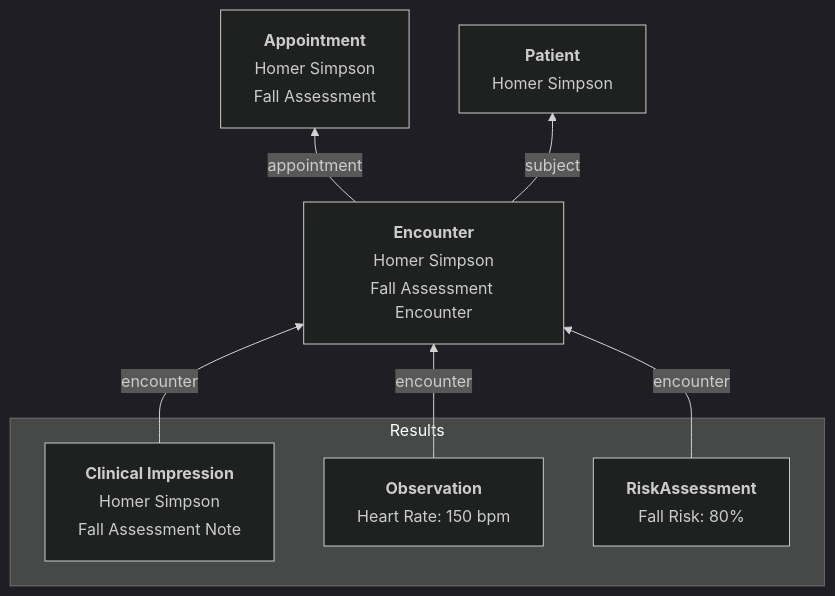
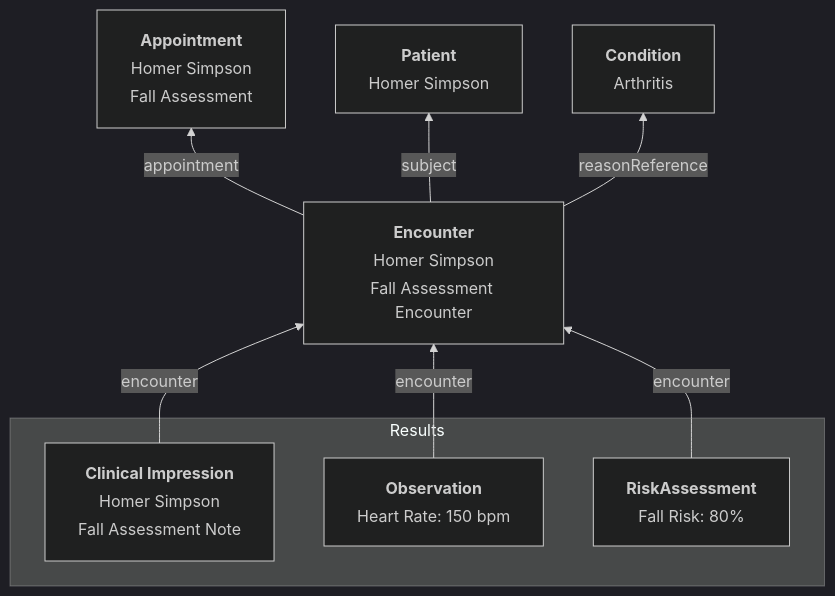
One commit to medplum/medplum changed the second of 2 diagrams in packages/docs/docs/charting/index.md. Above: the diagram before and after it, drawn with Mermaid (dark theme). The commit also changed other lines of this file and 7 other files, not shown here.

````diff
--- a/packages/docs/docs/charting/index.md
+++ b/packages/docs/docs/charting/index.md
@@ -65,22 +82,24 @@
 ```mermaid
 
 flowchart BT
 
  app1[<table><thead><tr><th>Appointment</th></tr></thead><tbody><tr><td>Homer Simpson</td></tr><tr><td>Fall Assessment</td><tr></tbody></table>]
  encounter[<table><thead><tr><th>Encounter</th></tr></thead><tbody><tr><td>Homer Simpson</td></tr><tr><td>Fall Assessment Encounter</td><tr></tbody></table>]
  patient[<table><thead><tr><th>Patient</th></tr></thead><tbody><tr><td>Homer Simpson</td></tr></tbody></table>]
+ condition[<table><thead><tr><th>Condition</th></tr></thead><tbody><tr><td>Arthritis</td></tr></tbody></table>]
 
  subgraph Results
    note[<table><thead><tr><th>Clinical Impression</th></tr></thead><tbody><tr><td>Homer Simpson</td></tr><tr><td>Fall Assessment Note</td><tr></tbody></table>]
    obs1[<table><thead><tr><th>Observation</th></tr></thead><tbody><tr><td>Heart Rate: 150 bpm</td></tr></tbody></table>]
    ra1[<table><thead><tr><th>RiskAssessment</th></tr></thead><tbody><tr><td>Fall Risk: 80%</td></tr></tbody></table>]
  end
 
 
  encounter -->|appointment| app1
  encounter -->|subject| patient
+ encounter -->|reasonReference| condition
  note -->|encounter| encounter
  obs1 -->|encounter| encounter
  ra1 -->|encounter| encounter
 
 ```
````
